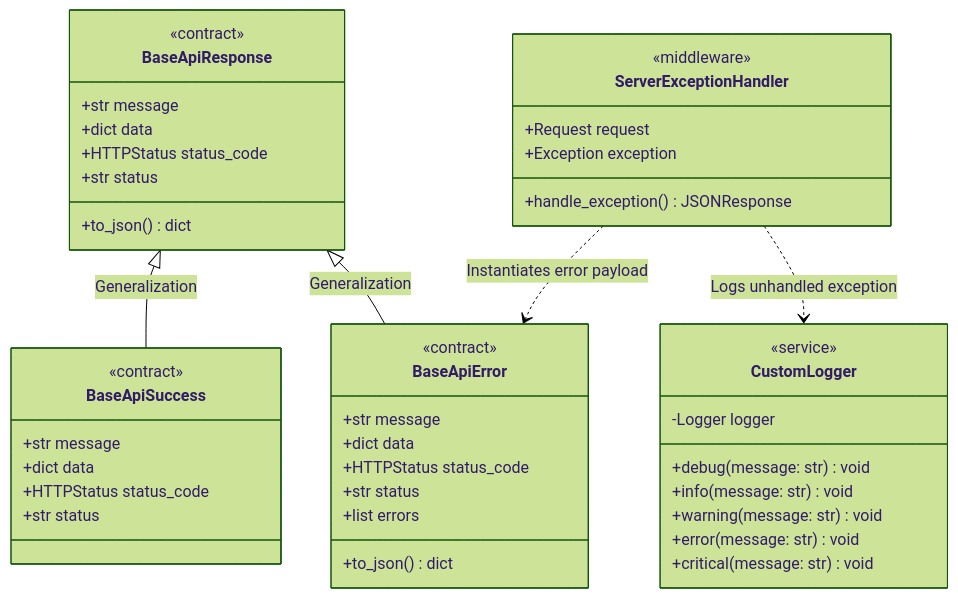
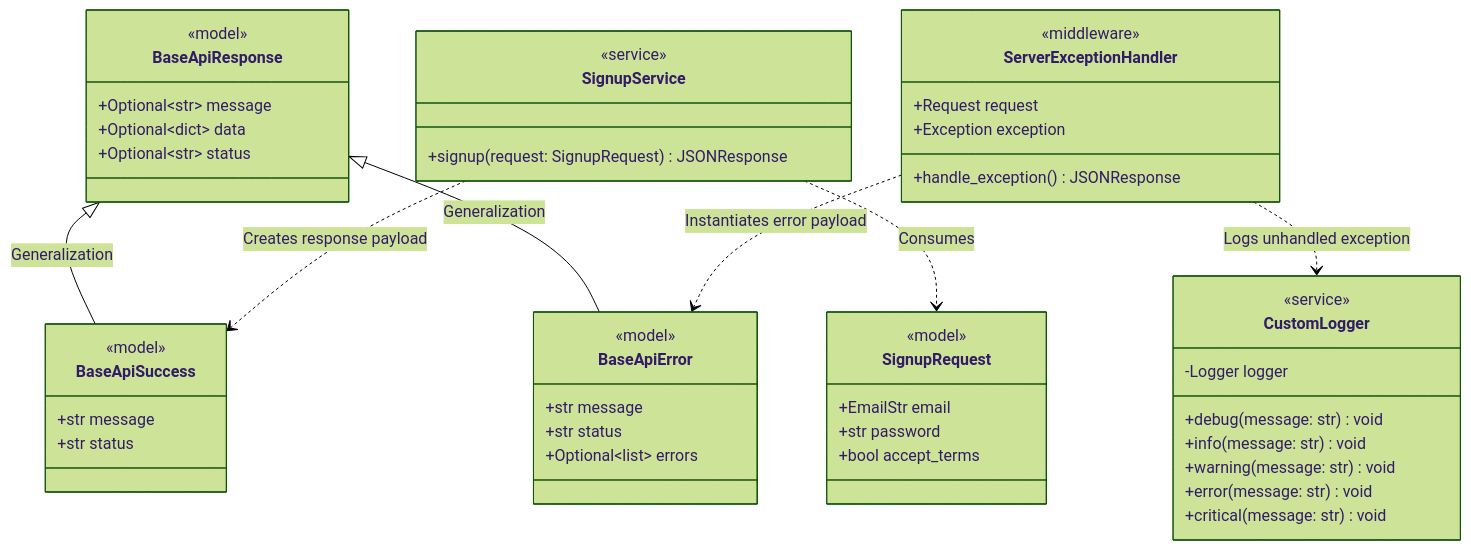
Before and after one commit to pedrovtof/Nievo-Sofia: the diagram in Documentation/config/docs/backend/domain/auth.md, drawn with Mermaid (forest theme). The commit also changed other lines of this file and 23 other files, not shown here.

First line of the commit message:
refactor(auth): migrate contracts to schemas and modularize signup

````diff
--- a/Documentation/config/docs/backend/domain/auth.md
+++ b/Documentation/config/docs/backend/domain/auth.md
@@ -12,53 +12,60 @@
 ```mermaid
 classDiagram
     direction TB
 
     class BaseApiResponse {
-        <<contract>>
-        +str message
-        +dict data
-        +HTTPStatus status_code
-        +str status
-        +to_json() dict
+        <<model>>
+        +Optional~str~ message
+        +Optional~dict~ data
+        +Optional~str~ status
     }
 
     class BaseApiSuccess {
-        <<contract>>
+        <<model>>
         +str message
-        +dict data
-        +HTTPStatus status_code
         +str status
     }
 
     class BaseApiError {
-        <<contract>>
+        <<model>>
         +str message
-        +dict data
-        +HTTPStatus status_code
         +str status
-        +list errors
-        +to_json() dict
+        +Optional~list~ errors
+    }
+
+    class SignupRequest {
+        <<model>>
+        +EmailStr email
+        +str password
+        +bool accept_terms
+    }
+
+    class SignupService {
+        <<service>>
+        +signup(request: SignupRequest) JSONResponse
     }
 
     class CustomLogger {
         <<service>>
         -Logger logger
         +debug(message: str) void
         +info(message: str) void
         +warning(message: str) void
         +error(message: str) void
         +critical(message: str) void
     }
 
     class ServerExceptionHandler {
         <<middleware>>
         +Request request
         +Exception exception
         +handle_exception() JSONResponse
     }
 
     BaseApiResponse <|-- BaseApiSuccess : Generalization
     BaseApiResponse <|-- BaseApiError : Generalization
+    SignupService ..> SignupRequest : Consumes
+    SignupService ..> BaseApiSuccess : Creates response payload
     ServerExceptionHandler ..> BaseApiError : Instantiates error payload
     ServerExceptionHandler ..> CustomLogger : Logs unhandled exception
 ```
````
